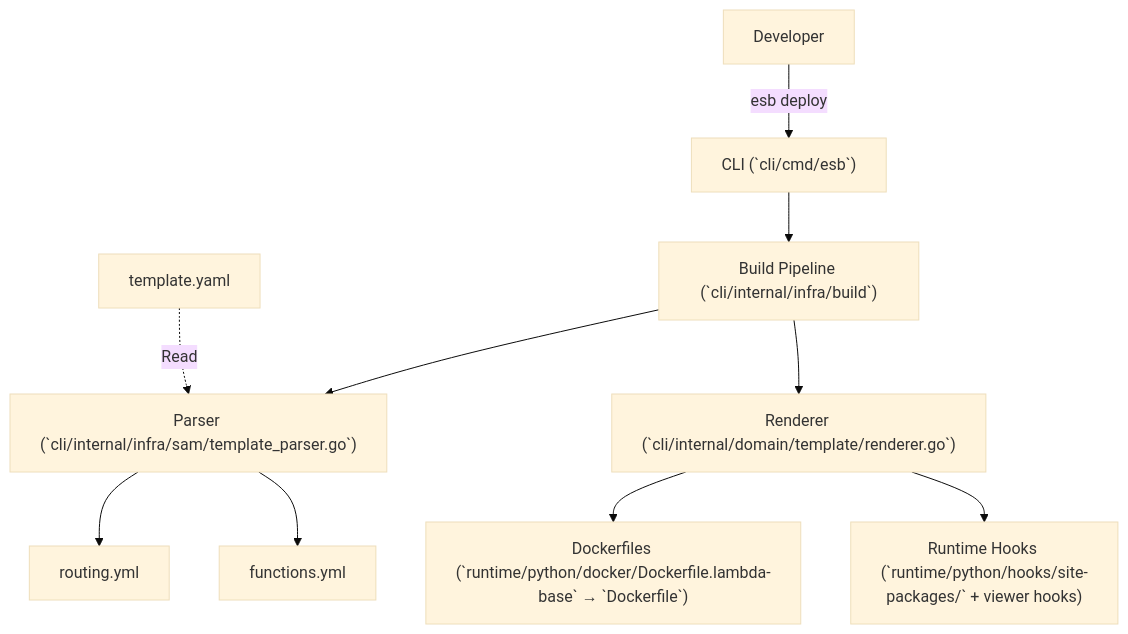
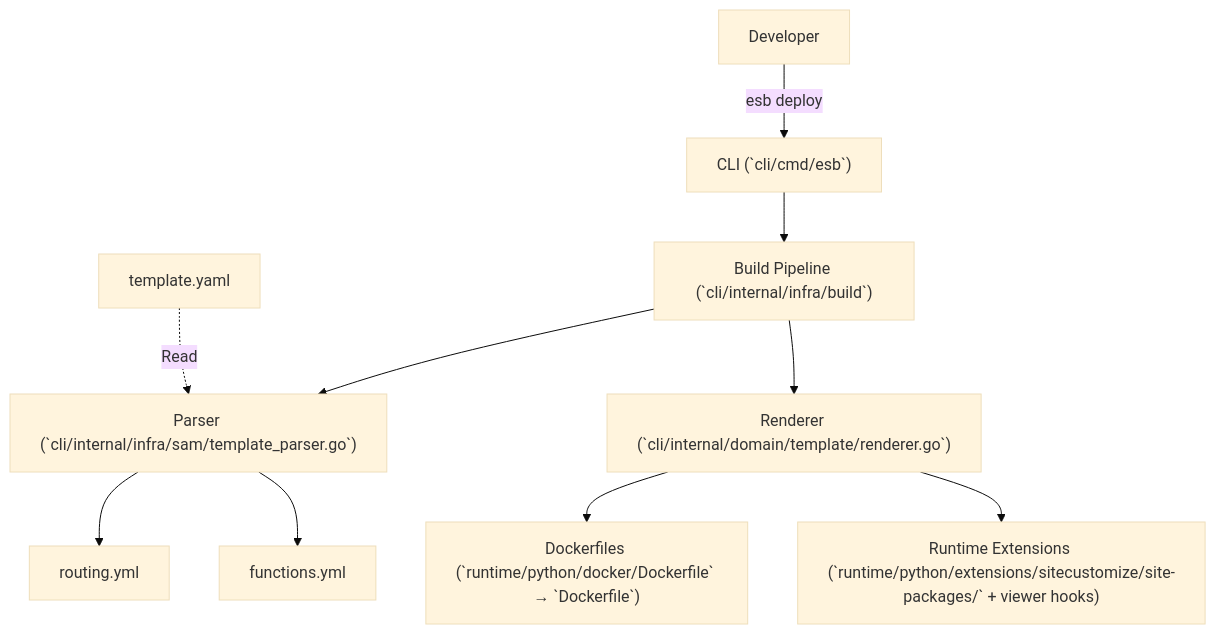
One commit to poruru-code/esb-cli changed the diagram in docs/generator-architecture.md. Above: the diagram before and after it, drawn with Mermaid (base theme). The commit also changed other lines of this file and 10 other files, not shown here.

````diff
--- a/docs/generator-architecture.md
+++ b/docs/generator-architecture.md
@@ -16,16 +16,16 @@
 ```mermaid
 flowchart TD
     User["Developer"] -->|"esb deploy"| CLI["CLI (`cli/cmd/esb`)"]
 
     CLI --> Build["Build Pipeline (`cli/internal/infra/build`)"]
     Build --> Parser["Parser (`cli/internal/infra/sam/template_parser.go`)"]
     Build --> Renderer["Renderer (`cli/internal/domain/template/renderer.go`)"]
 
     SAM["template.yaml"] -.->|Read| Parser
 
     Parser --> Routing["routing.yml"]
     Parser --> Functions["functions.yml"]
 
-    Renderer --> Dockerfiles["Dockerfiles (`runtime/python/docker/Dockerfile.lambda-base` → `Dockerfile`)"]
-    Renderer --> RuntimeHooks["Runtime Hooks (`runtime/python/hooks/site-packages/` + viewer hooks)"]
+    Renderer --> Dockerfiles["Dockerfiles (`runtime/python/docker/Dockerfile` → `Dockerfile`)"]
+    Renderer --> RuntimeHooks["Runtime Extensions (`runtime/python/extensions/sitecustomize/site-packages/` + viewer hooks)"]
 ```
````
